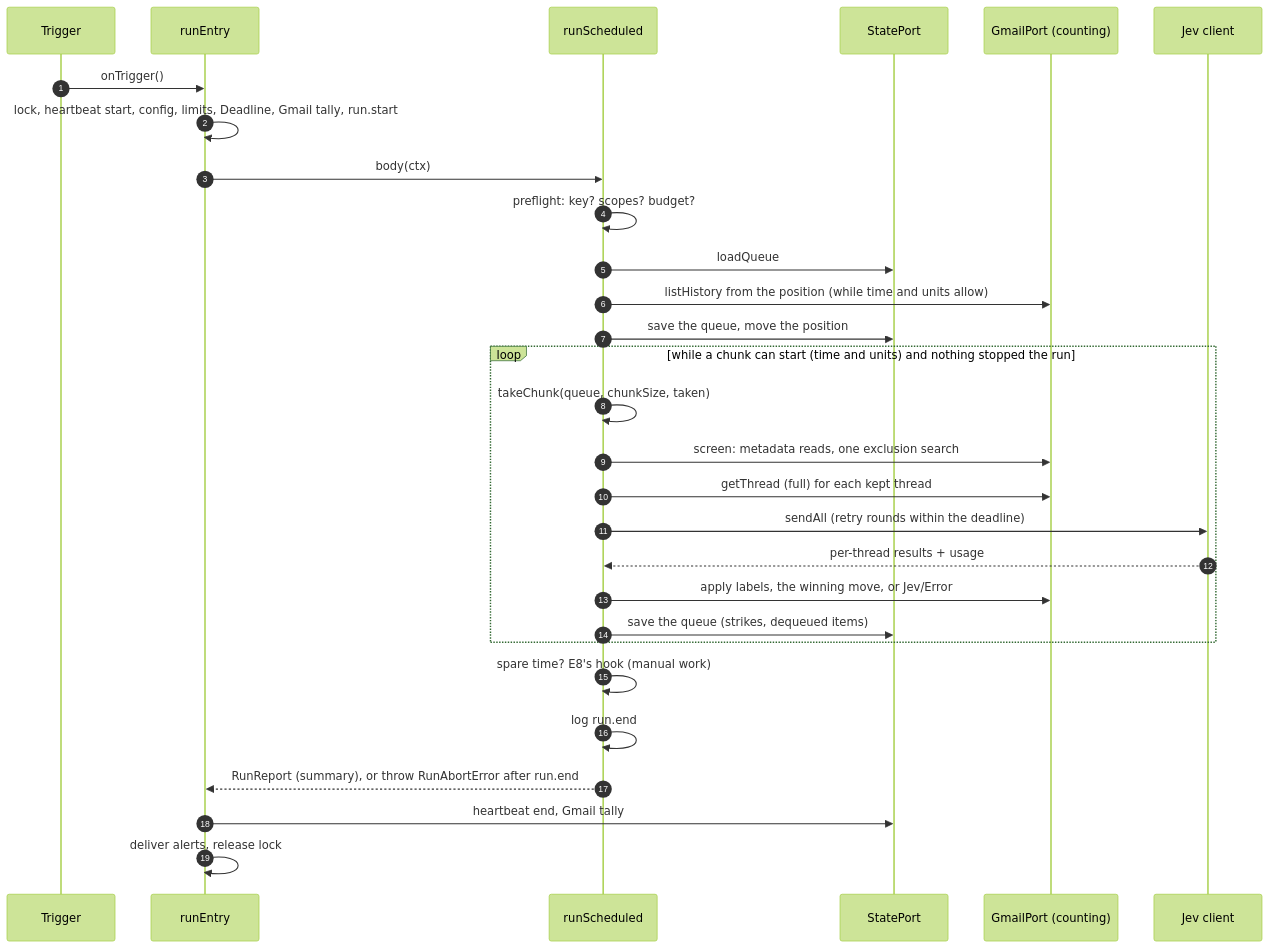
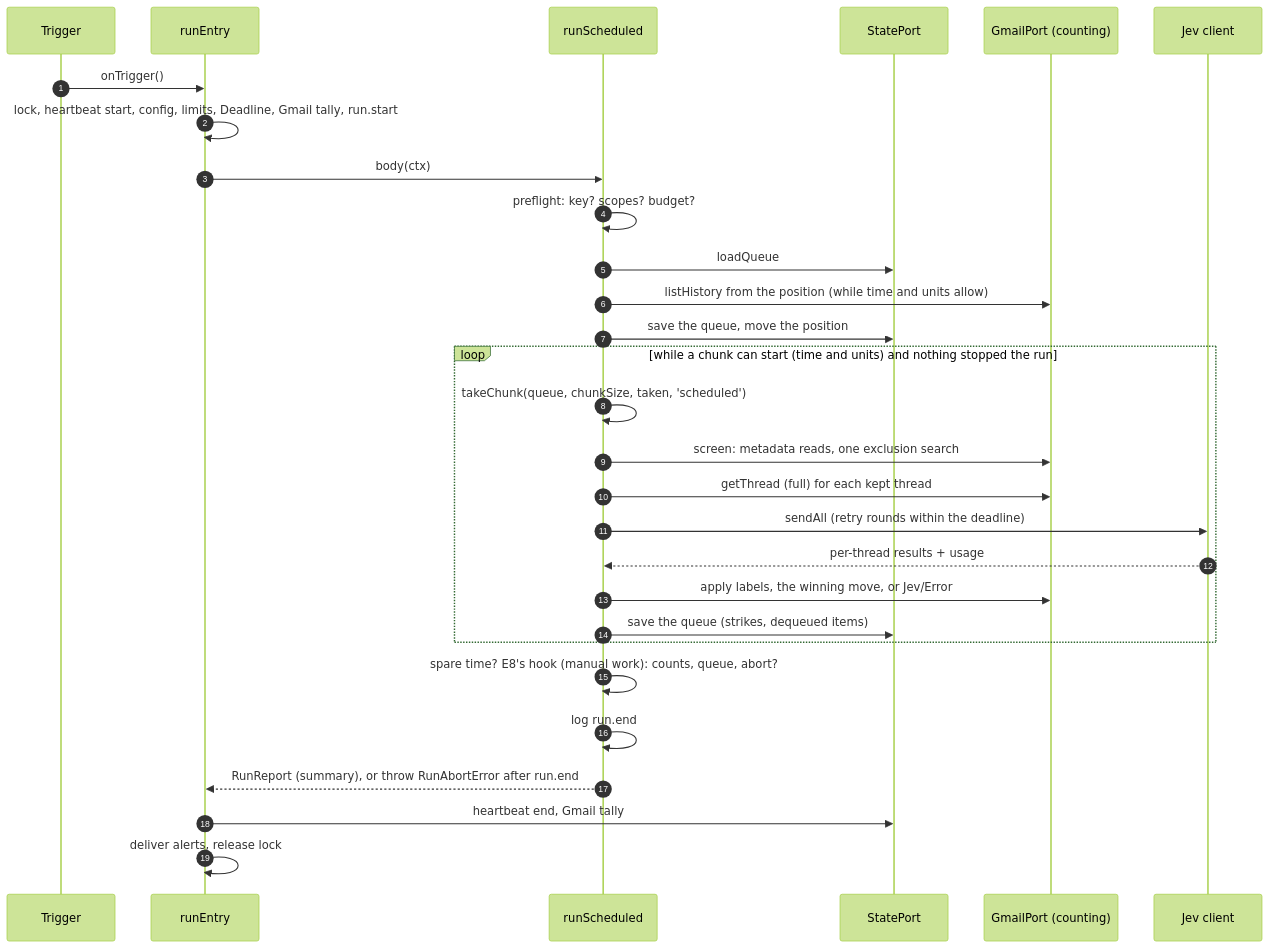
One commit to kellystuard/jev-gmail-classifier changed the third of 5 diagrams in output/solution-design.md. Above: the diagram before and after it, drawn with Mermaid (forest theme). The commit also changed other lines of this file and 4 other files, not shown here.

Commit message:
feat(run): take only scheduled items in the scheduled chunk loop (#290)

````diff
--- a/output/solution-design.md
+++ b/output/solution-design.md
@@ -272,31 +272,31 @@
 ```mermaid
 sequenceDiagram
   autonumber
   participant T as Trigger
   participant E as runEntry
   participant R as runScheduled
   participant S as StatePort
   participant G as GmailPort (counting)
   participant J as Jev client
   T->>E: onTrigger()
   E->>E: lock, heartbeat start, config, limits, Deadline, Gmail tally, run.start
   E->>R: body(ctx)
   R->>R: preflight: key? scopes? budget?
   R->>S: loadQueue
   R->>G: listHistory from the position (while time and units allow)
   R->>S: save the queue, move the position
   loop while a chunk can start (time and units) and nothing stopped the run
-    R->>R: takeChunk(queue, chunkSize, taken)
+    R->>R: takeChunk(queue, chunkSize, taken, 'scheduled')
     R->>G: screen: metadata reads, one exclusion search
     R->>G: getThread (full) for each kept thread
     R->>J: sendAll (retry rounds within the deadline)
     J-->>R: per-thread results + usage
     R->>G: apply labels, the winning move, or Jev/Error
     R->>S: save the queue (strikes, dequeued items)
   end
-  R->>R: spare time? E8's hook (manual work)
+  R->>R: spare time? E8's hook (manual work): counts, queue, abort?
   R->>R: log run.end
   R-->>E: RunReport (summary), or throw RunAbortError after run.end
   E->>S: heartbeat end, Gmail tally
   E->>E: deliver alerts, release lock
 ```
````
